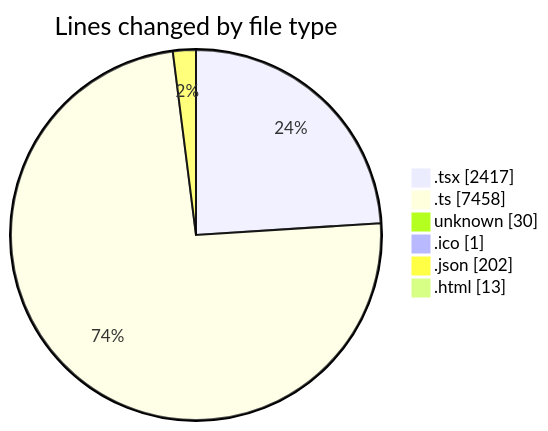
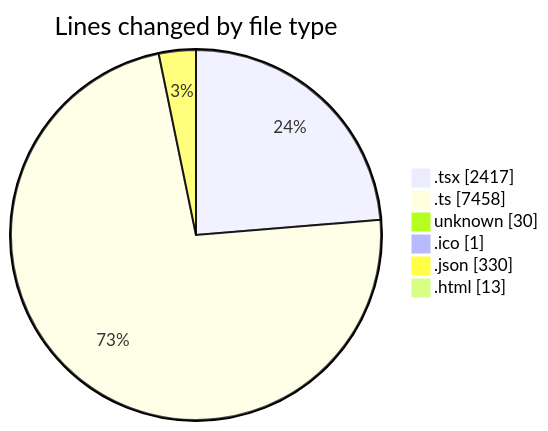
The first of 2 diagrams in 2025-06-20/modeljsondesigner/README.md (JenPaints/code-tracking), drawn with Mermaid before and after one commit. The commit also changed other lines of this file and 1 other file, not shown here.

````diff
--- a/2025-06-20/modeljsondesigner/README.md
+++ b/2025-06-20/modeljsondesigner/README.md
@@ -34,10 +34,10 @@
 ```mermaid
 pie showData
 title Lines changed by file type
 ".tsx" : 2417
 ".ts" : 7458
 "unknown" : 30
 ".ico" : 1
-".json" : 202
+".json" : 330
 ".html" : 13
 ```
````
